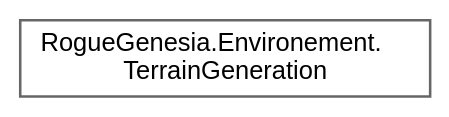
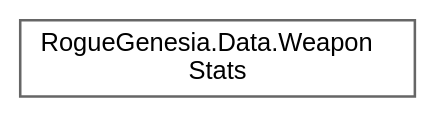
One commit to PlexusDuMenton/RogueGenesiaModAPI changed the diagram in inherit_graph_161.dot. Above: the diagram before and after it, drawn with Graphviz. The commit also changed 3410 other files, not shown here.

```diff
--- a/inherit_graph_161.dot
+++ b/inherit_graph_161.dot
@@ -1,9 +1,9 @@
 digraph "Graphical Class Hierarchy"
 {
  // LATEX_PDF_SIZE
   bgcolor="transparent";
   edge [fontname=Helvetica,fontsize=10,labelfontname=Helvetica,labelfontsize=10];
   node [fontname=Helvetica,fontsize=10,shape=box,height=0.2,width=0.4];
   rankdir="LR";
-  Node0 [label="RogueGenesia.Environement.\lTerrainGeneration",height=0.2,width=0.4,color="grey40", fillcolor="white", style="filled",URL="$class_rogue_genesia_1_1_environement_1_1_terrain_generation.html",tooltip=" "];
+  Node0 [label="RogueGenesia.Data.Weapon\lStats",height=0.2,width=0.4,color="grey40", fillcolor="white", style="filled",URL="$class_rogue_genesia_1_1_data_1_1_weapon_stats.html",tooltip=" "];
 }
```
